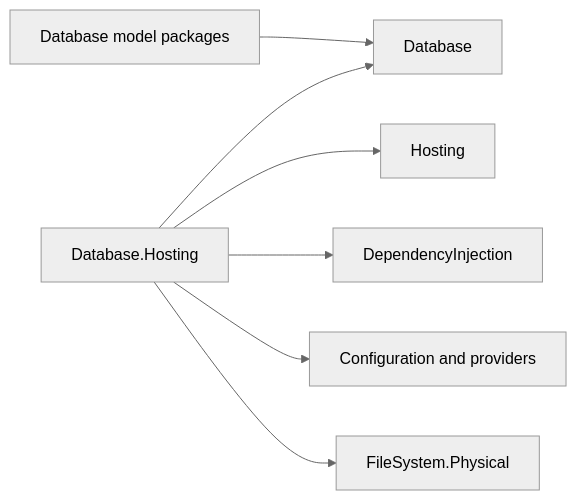
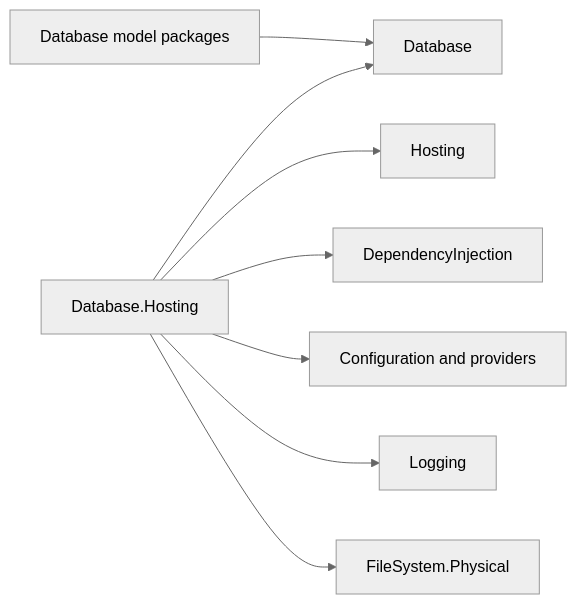
One commit to assimalign/cohesion changed the diagram in resources/Database/Assimalign.Cohesion.Database.Hosting/docs/DESIGN.md. Above: the diagram before and after it, drawn with Mermaid (neutral theme). The commit also changed other lines of this file and 41 other files, not shown here.

````diff
--- a/resources/Database/Assimalign.Cohesion.Database.Hosting/docs/DESIGN.md
+++ b/resources/Database/Assimalign.Cohesion.Database.Hosting/docs/DESIGN.md
@@ -9,9 +9,10 @@
 ```mermaid
 flowchart LR
     Runtime["Database.Hosting"] --> Root["Database"]
     Runtime --> Host["Hosting"]
     Runtime --> DI["DependencyInjection"]
     Runtime --> Config["Configuration and providers"]
+    Runtime --> Logging["Logging"]
     Runtime --> FS["FileSystem.Physical"]
     Model["Database model packages"] --> Root
 ```
````
